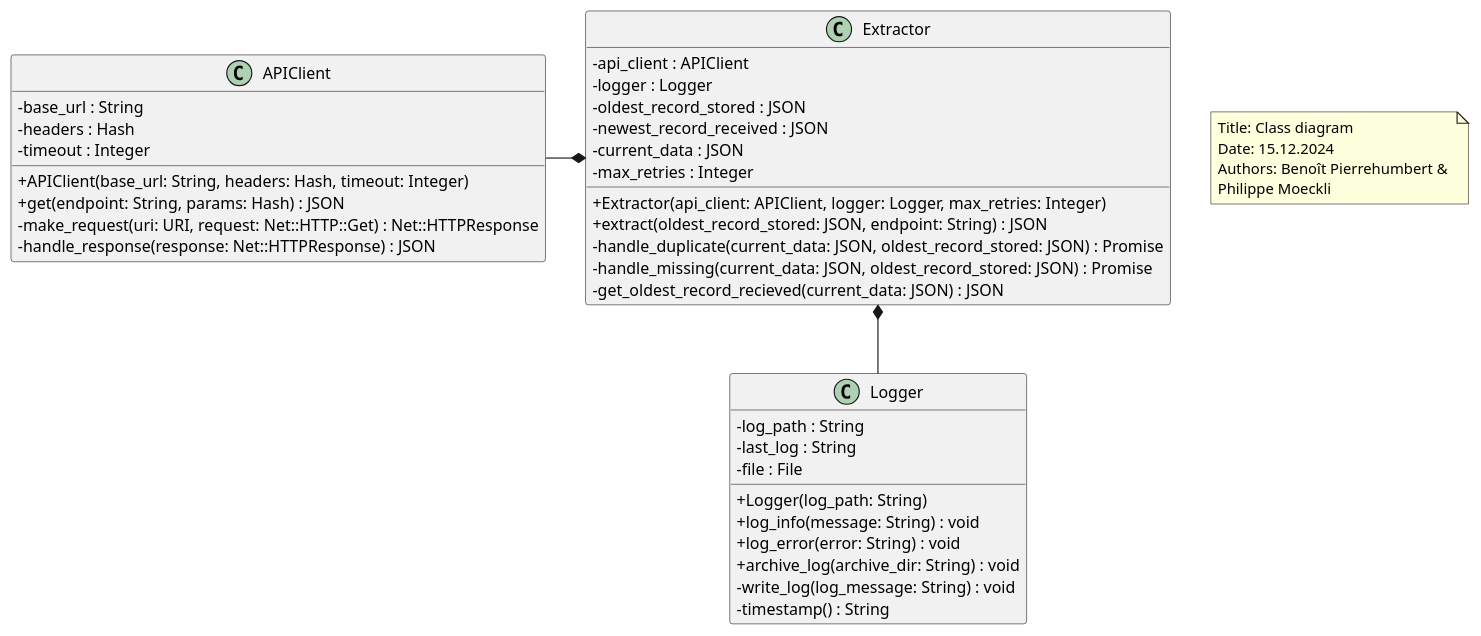
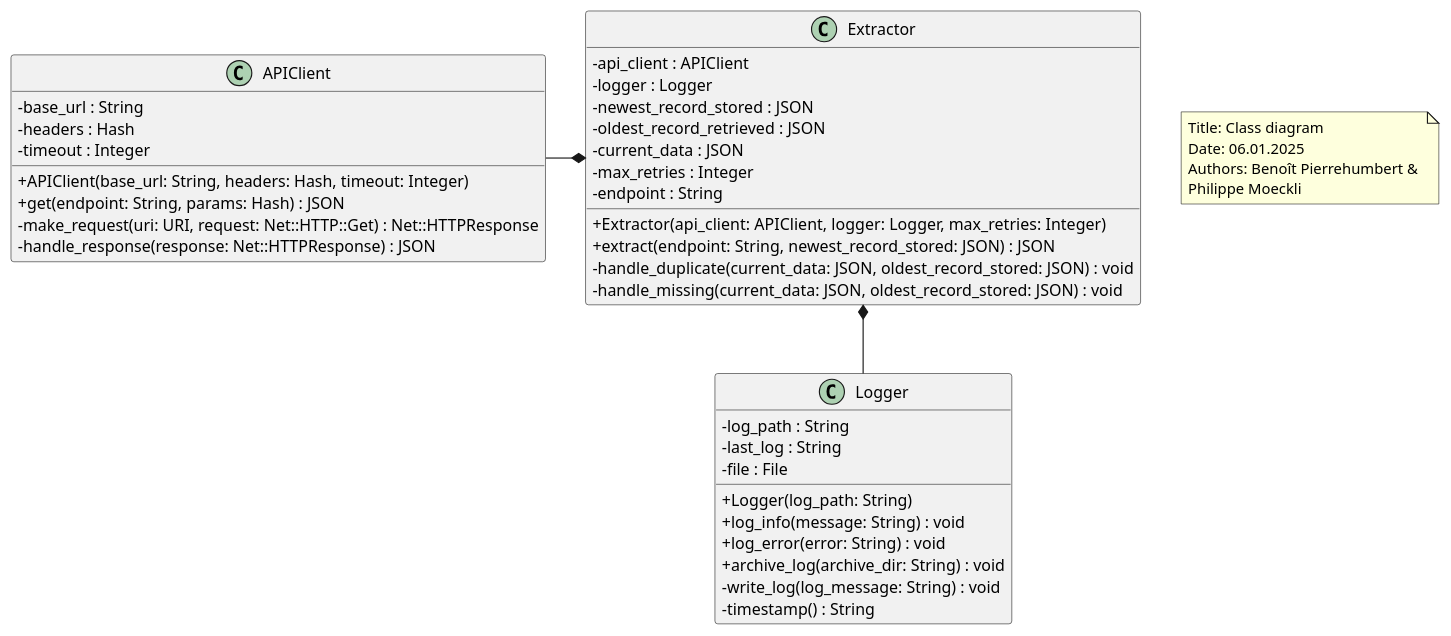
Before and after one commit to CPNV-ES-BI1-SBB/EXTERNAL-SOURCE-EXTRACT: the diagram in docs/class_diagram.puml, drawn with PlantUML. The commit also changed 3 other files, not shown here.

```diff
--- a/docs/class_diagram.puml
+++ b/docs/class_diagram.puml
@@ -1,49 +1,49 @@
 @startuml
 
 skinparam classAttributeIconSize 0
 class Extractor {
   - api_client : APIClient
   - logger : Logger
-  - oldest_record_stored : JSON
-  - newest_record_received : JSON
+  - newest_record_stored : JSON
+  - oldest_record_retrieved : JSON
   - current_data : JSON
   - max_retries : Integer
+  - endpoint : String
   + Extractor(api_client: APIClient, logger: Logger, max_retries: Integer)
-  + extract(oldest_record_stored: JSON, endpoint: String) : JSON
-  - handle_duplicate(current_data: JSON, oldest_record_stored: JSON) : Promise
-  - handle_missing(current_data: JSON, oldest_record_stored: JSON) : Promise
-  - get_oldest_record_recieved(current_data: JSON) : JSON
+  + extract(endpoint: String, newest_record_stored: JSON) : JSON
+  - handle_duplicate(current_data: JSON, oldest_record_stored: JSON) : void
+  - handle_missing(current_data: JSON, oldest_record_stored: JSON) : void
 }
 
 class APIClient {
   - base_url : String
   - headers : Hash
   - timeout : Integer
   + APIClient(base_url: String, headers: Hash, timeout: Integer)
   + get(endpoint: String, params: Hash) : JSON
   - make_request(uri: URI, request: Net::HTTP::Get) : Net::HTTPResponse
   - handle_response(response: Net::HTTPResponse) : JSON
 }
 
 class Logger {
   - log_path : String
   - last_log : String
   - file : File
   + Logger(log_path: String)
   + log_info(message: String) : void
   + log_error(error: String) : void
   + archive_log(archive_dir: String) : void
   - write_log(log_message: String) : void
   - timestamp() : String
 }
 
 Logger -up-*  Extractor
 APIClient -right-*  Extractor
 
 note as N1
   Title: Class diagram
-  Date: 15.12.2024
+  Date: 06.01.2025
   Authors: Benoît Pierrehumbert & 
   Philippe Moeckli
 end note
 @enduml
```
